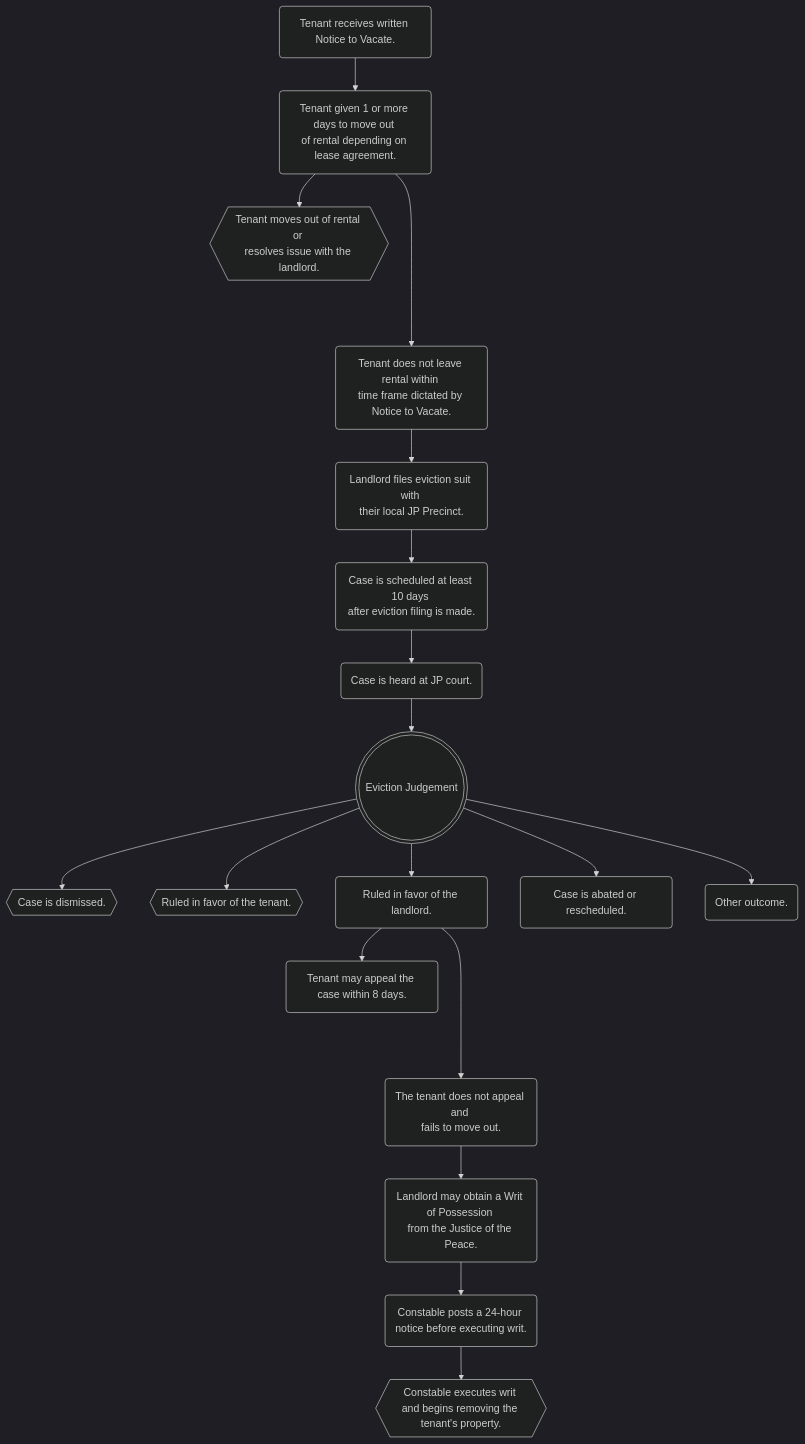
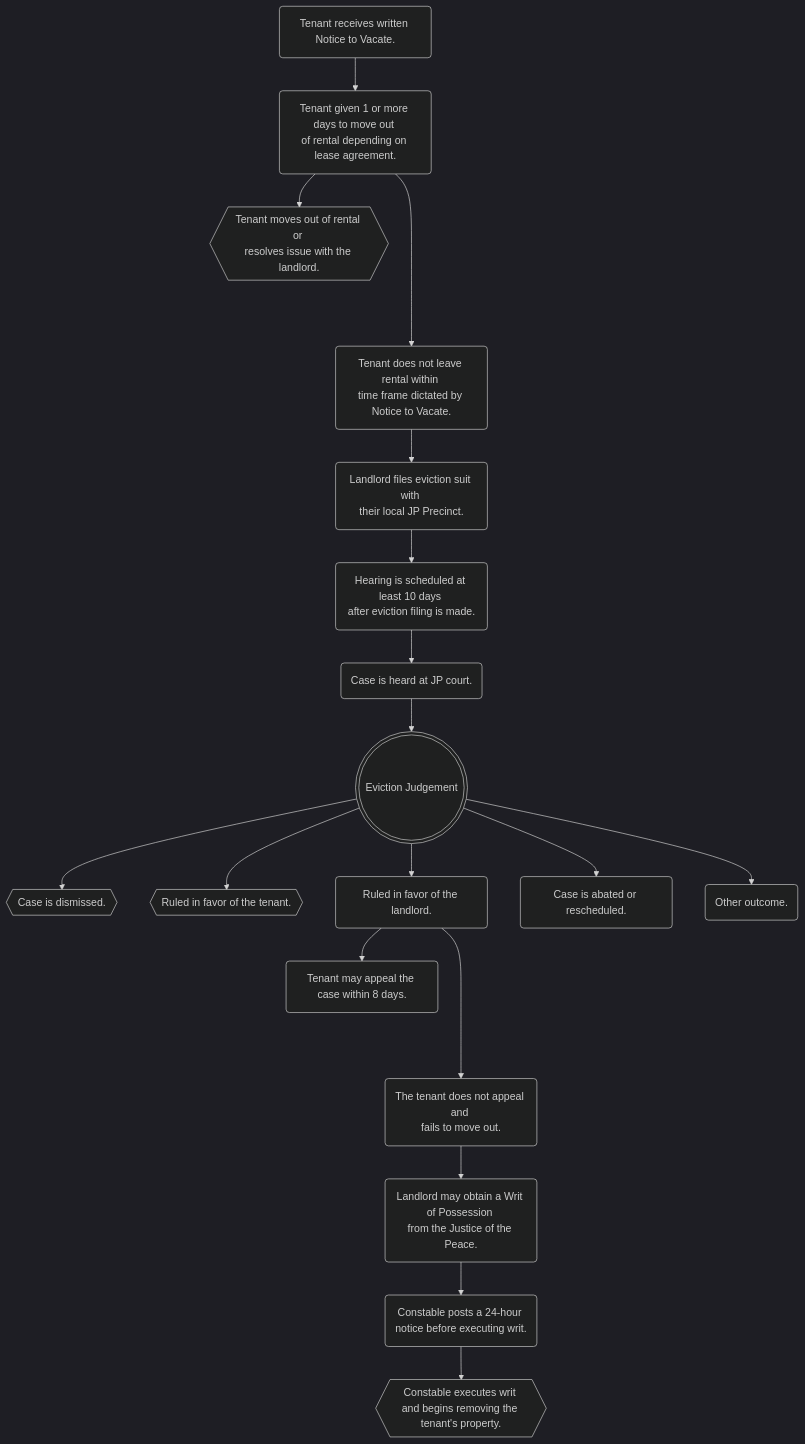
One commit to twcrockett/eviction-court-observations changed the diagram in index.qmd. Above: the diagram before and after it, drawn with Mermaid (dark theme). The commit also changed other lines of this file and 12 other files, not shown here.

````diff
--- a/index.qmd
+++ b/index.qmd
@@ -322,20 +322,22 @@
 ```{mermaid}
+%%| fig-width: 9
+%%| fig-height: 12
 flowchart TD
   A(Tenant receives written Notice to Vacate.) --> B(Tenant given 1 or more days to move out <br>of rental depending on lease agreement.);
   B --> C{{Tenant moves out of rental or <br>resolves issue with the landlord.}}
   B ----> D(Tenant does not leave rental within <br>time frame dictated by Notice to Vacate.)
   D --> E(Landlord files eviction suit with <br>their local JP Precinct.)
-  E --> F(Case is scheduled at least 10 days <br>after eviction filing is made.)
+  E --> F(Hearing is scheduled at least 10 days <br>after eviction filing is made.)
   F --> G(Case is heard at JP court.)
   G --> H(((Eviction Judgement)))
   H --> I{{Case is dismissed.}}
   H --> J{{Ruled in favor of the tenant.}}
   H --> K(Ruled in favor of the landlord.)
   H --> L(Case is abated or rescheduled.)
   H --> M(Other outcome.)
   K --> N(Tenant may appeal the case within 8 days.)
   K ----> O(The tenant does not appeal and <br>fails to move out.)
   O --> P(Landlord may obtain a Writ of Possession <br>from the Justice of the Peace.)
   P --> Q(Constable posts a 24-hour notice before executing writ.)
   Q --> R{{Constable executes writ and begins removing the tenant's property.}}
 ```
````
